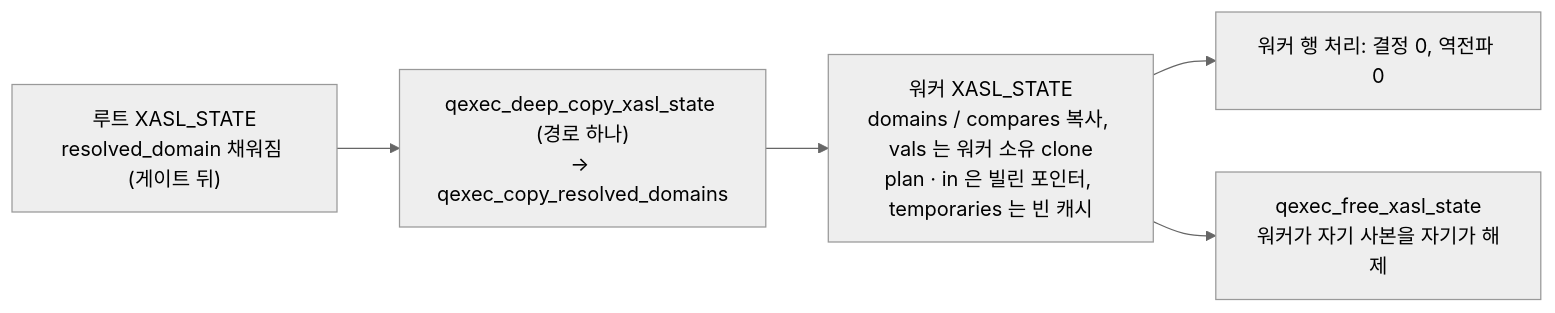
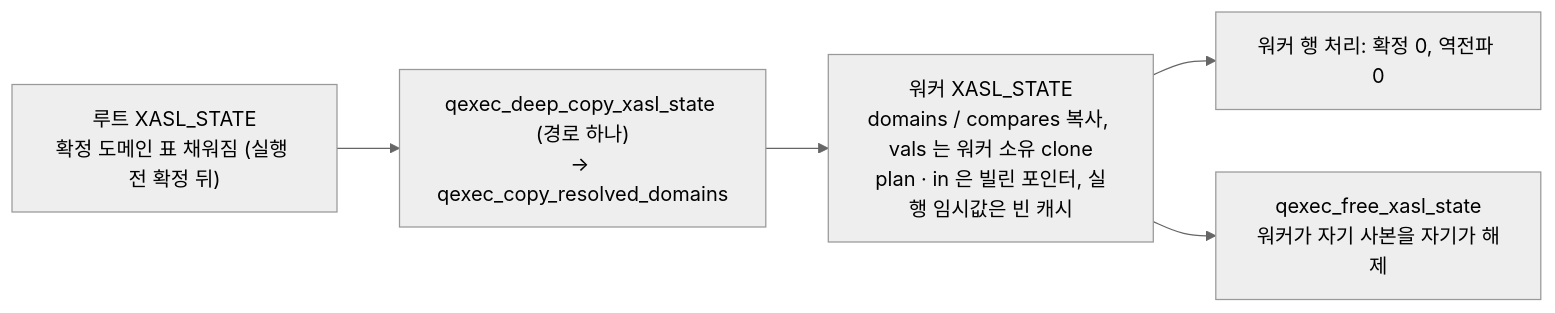
Diagram 18 of 20 in docs/research/pr8022-architecture-diagrams.md (xmilex-git/workspace), drawn with Mermaid (neutral theme) before and after one commit. The commit also changed other lines of this file, not shown here.

First line of the commit message:
docs: PR 8022 diagrams in the CONTEXT.md vocabulary

````diff
--- a/docs/research/pr8022-architecture-diagrams.md
+++ b/docs/research/pr8022-architecture-diagrams.md
@@ -373,7 +373,7 @@
 ```mermaid
 flowchart LR
-  ROOT["루트 XASL_STATE<br/>resolved_domain 채워짐 (게이트 뒤)"] --> C["qexec_deep_copy_xasl_state (경로 하나)<br/>→ qexec_copy_resolved_domains"]
-  C --> W["워커 XASL_STATE<br/>domains / compares 복사, vals 는 워커 소유 clone<br/>plan · in 은 빌린 포인터, temporaries 는 빈 캐시"]
-  W --> WR["워커 행 처리: 결정 0, 역전파 0"]
+  ROOT["루트 XASL_STATE<br/>확정 도메인 표 채워짐 (실행 전 확정 뒤)"] --> C["qexec_deep_copy_xasl_state (경로 하나)<br/>→ qexec_copy_resolved_domains"]
+  C --> W["워커 XASL_STATE<br/>domains / compares 복사, vals 는 워커 소유 clone<br/>plan · in 은 빌린 포인터, 실행 임시값은 빈 캐시"]
+  W --> WR["워커 행 처리: 확정 0, 역전파 0"]
   W --> F["qexec_free_xasl_state<br/>워커가 자기 사본을 자기가 해제"]
 ```
````
